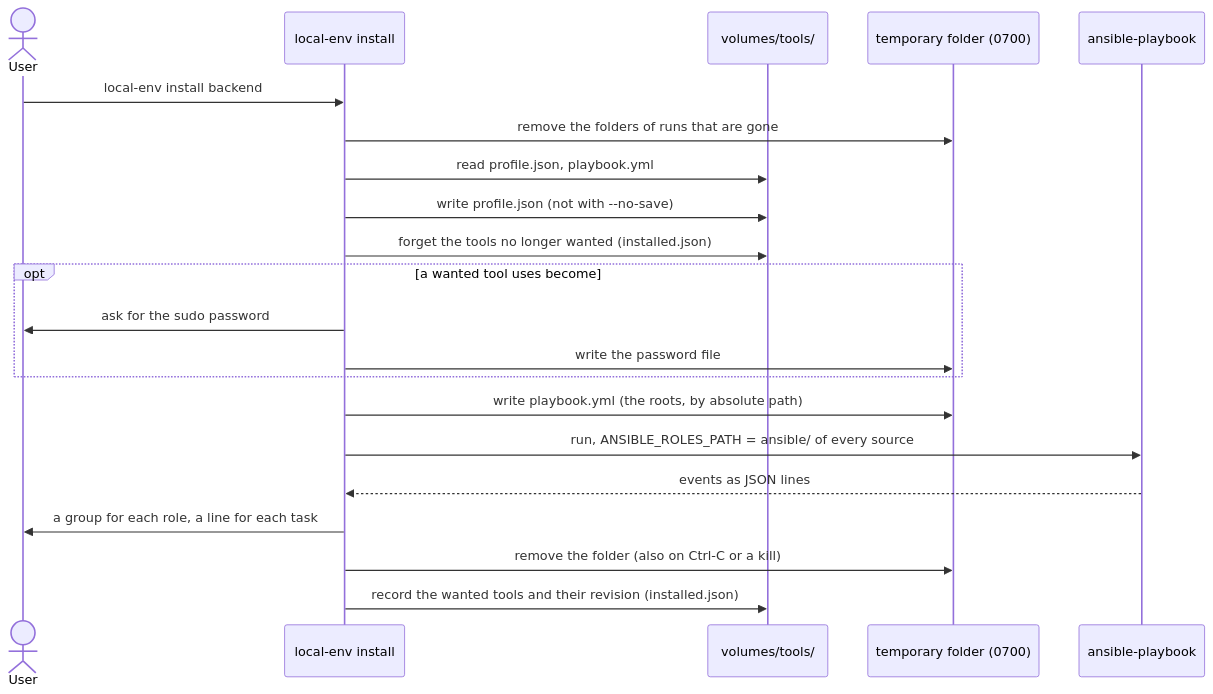
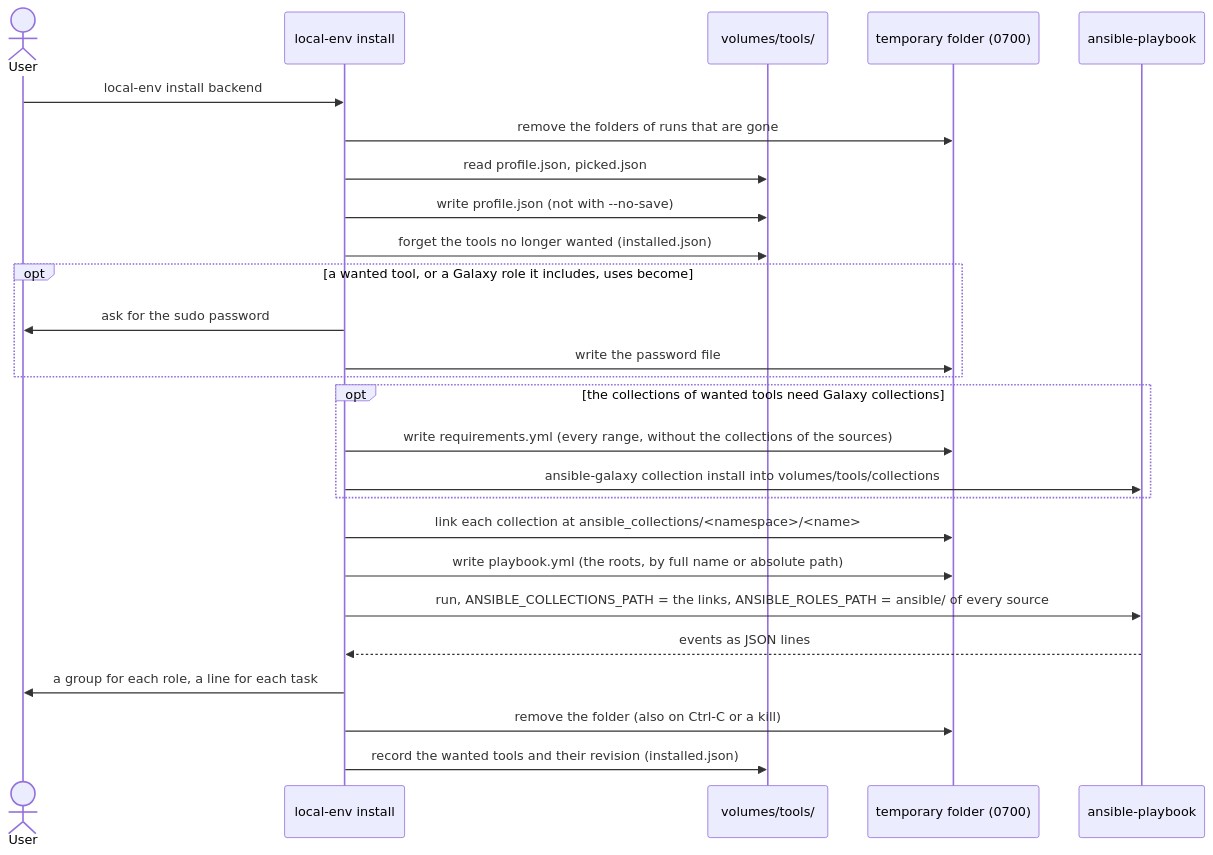
The third of 4 diagrams in docs/features/tools-and-profiles.md (cgaube/local-env), drawn with Mermaid before and after one commit. The commit also changed other lines of this file and 54 other files, not shown here.

First line of the commit message:
ansible collections (#20)

````diff
--- a/docs/features/tools-and-profiles.md
+++ b/docs/features/tools-and-profiles.md
@@ -122,24 +150,29 @@
 ```mermaid
 sequenceDiagram
   actor user as User
   participant cli as local-env install
   participant files as volumes/tools/
   participant tmp as temporary folder (0700)
   participant ansible as ansible-playbook
 
   user->>cli: local-env install backend
   cli->>tmp: remove the folders of runs that are gone
-  cli->>files: read profile.json, playbook.yml
+  cli->>files: read profile.json, picked.json
   cli->>files: write profile.json (not with --no-save)
   cli->>files: forget the tools no longer wanted (installed.json)
-  opt a wanted tool uses become
+  opt a wanted tool, or a Galaxy role it includes, uses become
     cli->>user: ask for the sudo password
     cli->>tmp: write the password file
   end
-  cli->>tmp: write playbook.yml (the roots, by absolute path)
-  cli->>ansible: run, ANSIBLE_ROLES_PATH = ansible/ of every source
+  opt the collections of wanted tools need Galaxy collections
+    cli->>tmp: write requirements.yml (every range, without the collections of the sources)
+    cli->>ansible: ansible-galaxy collection install into volumes/tools/collections
+  end
+  cli->>tmp: link each collection at ansible_collections/#lt;namespace#gt;/#lt;name#gt;
+  cli->>tmp: write playbook.yml (the roots, by full name or absolute path)
+  cli->>ansible: run, ANSIBLE_COLLECTIONS_PATH = the links, ANSIBLE_ROLES_PATH = ansible/ of every source
   ansible-->>cli: events as JSON lines
   cli->>user: a group for each role, a line for each task
   cli->>tmp: remove the folder (also on Ctrl-C or a kill)
   cli->>files: record the wanted tools and their revision (installed.json)
 ```
````
